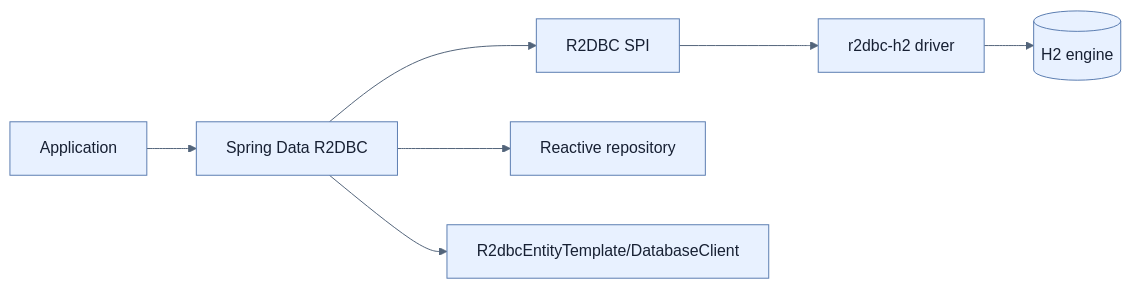
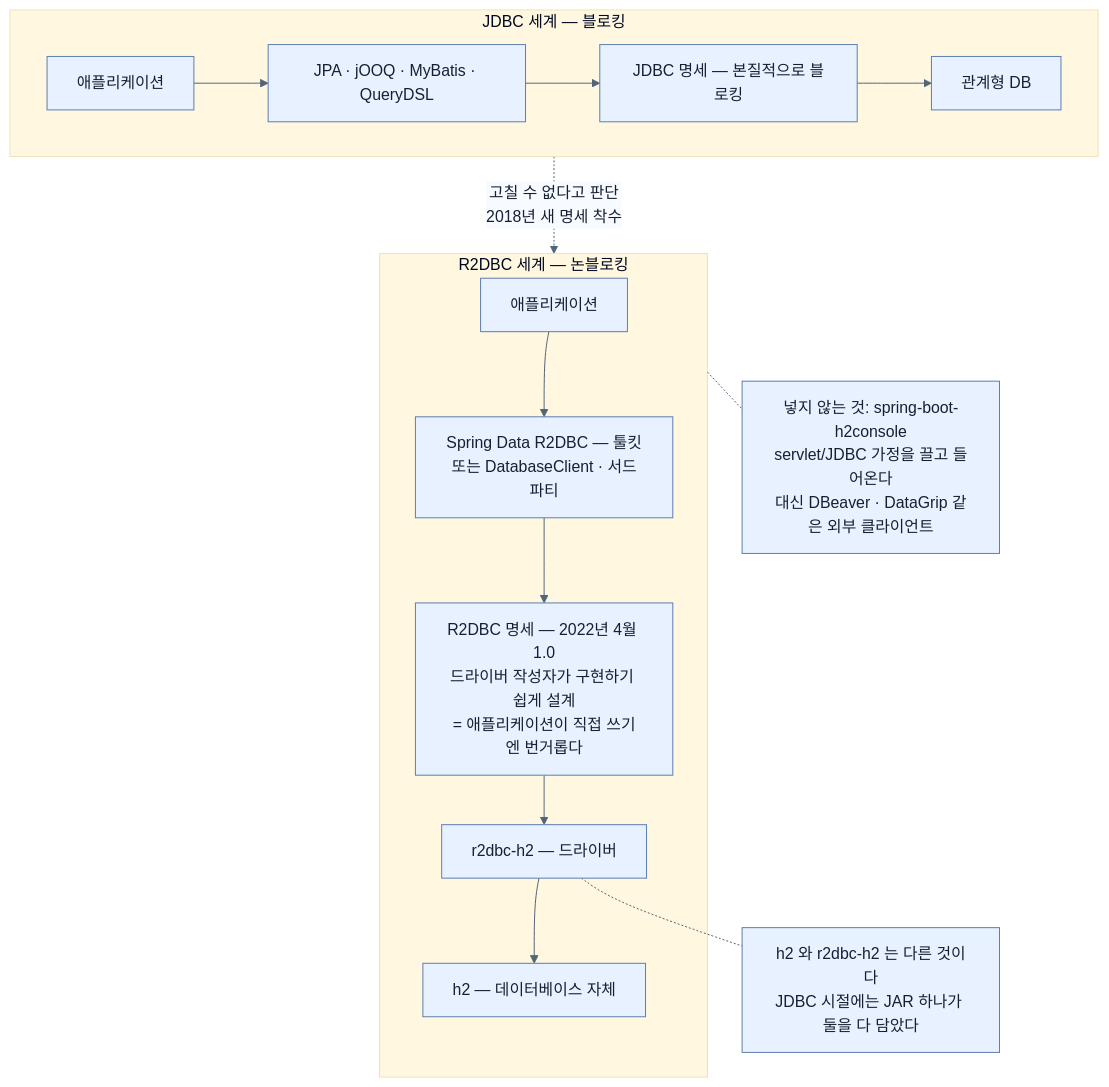
The diagram in spring-boot-4-pdf-notes/part-4-scaling-an-application-with-spring-boot/chapter-10-working-with-data-reactively/02-choosing-r2dbc-and-a-reactive-data-store.md (sing-u8/Learning_Spring_Boot_4), drawn with Mermaid before and after one commit. The commit also changed other lines of this file and 253 other files, not shown here.

````diff
--- a/spring-boot-4-pdf-notes/part-4-scaling-an-application-with-spring-boot/chapter-10-working-with-data-reactively/02-choosing-r2dbc-and-a-reactive-data-store.md
+++ b/spring-boot-4-pdf-notes/part-4-scaling-an-application-with-spring-boot/chapter-10-working-with-data-reactively/02-choosing-r2dbc-and-a-reactive-data-store.md
@@ -28,10 +117,24 @@
 ```mermaid
 %%{init: {'theme': 'base', 'themeVariables': {'background': '#ffffff', 'primaryColor': '#e8f1ff', 'primaryTextColor': '#172033', 'primaryBorderColor': '#5b7db1', 'lineColor': '#52647a', 'secondaryColor': '#f7fbff', 'tertiaryColor': '#fff7df'}}}%%
-flowchart LR
-    A[Application] --> S[Spring Data R2DBC]
-    S --> R[R2DBC SPI]
-    R --> D[r2dbc-h2 driver]
-    D --> H[(H2 engine)]
-    S --> C[Reactive repository]
-    S --> T[R2dbcEntityTemplate/DatabaseClient]
+flowchart TB
+    subgraph OLD["JDBC 세계 — 블로킹"]
+        O1["애플리케이션"] --> O2["JPA · jOOQ · MyBatis · QueryDSL"]
+        O2 --> O3["JDBC 명세 — 본질적으로 블로킹"]
+        O3 --> O4["관계형 DB"]
+    end
+
+    OLD -.->|"고칠 수 없다고 판단<br/>2018년 새 명세 착수"| NEW
+
+    subgraph NEW["R2DBC 세계 — 논블로킹"]
+        N1["애플리케이션"] --> N2["Spring Data R2DBC — 툴킷<br/>또는 DatabaseClient · 서드파티"]
+        N2 --> N3["R2DBC 명세 — 2022년 4월 1.0<br/>드라이버 작성자가 구현하기 쉽게 설계<br/>= 애플리케이션이 직접 쓰기엔 번거롭다"]
+        N3 --> N4["r2dbc-h2 — 드라이버"]
+        N4 --> N5["h2 — 데이터베이스 자체"]
+    end
+
+    NOTE["h2 와 r2dbc-h2 는 다른 것이다<br/>JDBC 시절에는 JAR 하나가 둘을 다 담았다"]
+    N4 -.- NOTE
+
+    EXCL["넣지 않는 것: spring-boot-h2console<br/>servlet/JDBC 가정을 끌고 들어온다<br/>대신 DBeaver · DataGrip 같은 외부 클라이언트"]
+    NEW -.- EXCL
 ```
````
